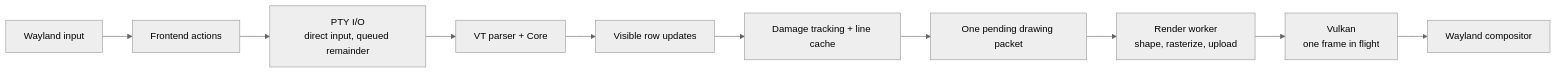
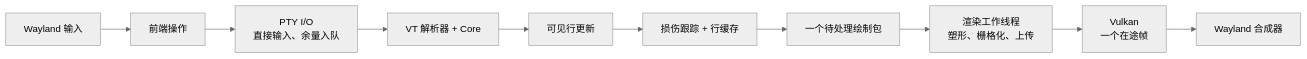
One commit to NEX-S/nextty changed the second of 2 diagrams in README.md. Above: the diagram before and after it, drawn with Mermaid (neutral theme). The commit also changed other lines of this file and 22 other files, not shown here.

````diff
--- a/README.md
+++ b/README.md
@@ -220,12 +235,12 @@
 ```mermaid
 flowchart LR
-    Input["Wayland input"] --> Actions["Frontend actions"]
-    Actions --> IO["PTY I/O<br/>direct input, queued remainder"]
-    IO --> Parse["VT parser + Core"]
-    Parse --> Snapshot["Visible row updates"]
-    Snapshot --> Paint["Damage tracking + line cache"]
-    Paint --> Packet["One pending drawing packet"]
-    Packet --> Worker["Render worker<br/>shape, rasterize, upload"]
-    Worker --> GPU["Vulkan<br/>one frame in flight"]
-    GPU --> Present["Wayland compositor"]
+    Input["Wayland 输入"] --> Actions["前端操作"]
+    Actions --> IO["PTY I/O<br/>直接输入、余量入队"]
+    IO --> Parse["VT 解析器 + Core"]
+    Parse --> Snapshot["可见行更新"]
+    Snapshot --> Paint["损伤跟踪 + 行缓存"]
+    Paint --> Packet["一个待处理绘制包"]
+    Packet --> Worker["渲染工作线程<br/>塑形、栅格化、上传"]
+    Worker --> GPU["Vulkan<br/>一个在途帧"]
+    GPU --> Present["Wayland 合成器"]
 ```
````
